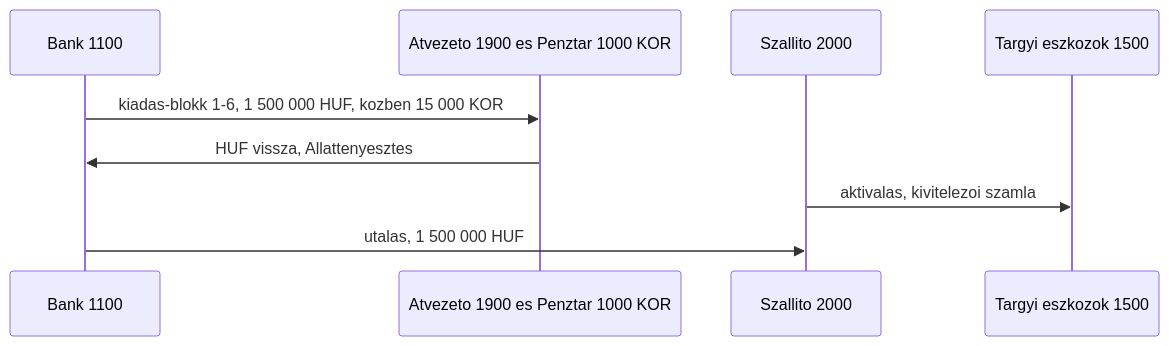
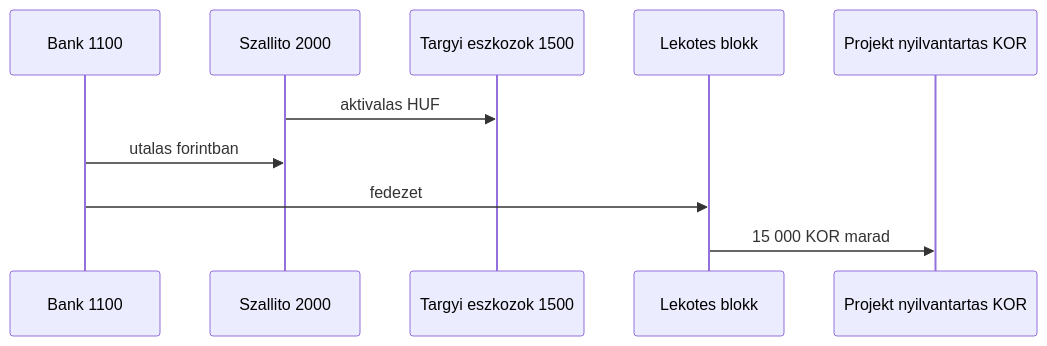
Before and after one commit to pitiboy/curr: the eighth of 15 diagrams in docs/transaction-workflow.md, drawn with Mermaid. The commit also changed other lines of this file and 1 other file, not shown here.

````diff
--- a/docs/transaction-workflow.md
+++ b/docs/transaction-workflow.md
@@ -453,12 +404,13 @@
 ```mermaid
 sequenceDiagram
   participant Bank as Bank 1100
-  participant Atv as Atvezeto 1900 es Penztar 1000 KOR
   participant Szallito as Szallito 2000
   participant Eszkoz as Targyi eszkozok 1500
+  participant Lekotes as Lekotes blokk
+  participant Projekt as Projekt nyilvantartas KOR
 
-  Bank->>Atv: kiadas-blokk 1-6, 1 500 000 HUF, kozben 15 000 KOR
-  Atv->>Bank: HUF vissza, Allattenyesztes
-  Szallito->>Eszkoz: aktivalas, kivitelezoi szamla
-  Bank->>Szallito: utalas, 1 500 000 HUF
+  Szallito->>Eszkoz: aktivalas HUF
+  Bank->>Szallito: utalas forintban
+  Bank->>Lekotes: fedezet
+  Lekotes->>Projekt: 15 000 KOR marad
 ```
````
